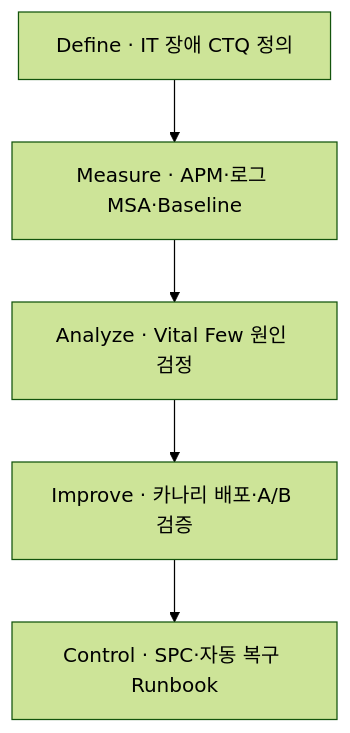
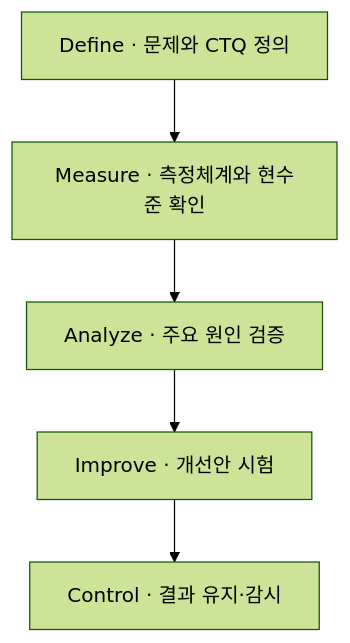
One commit to agnusdei1207/study changed the first of 2 diagrams in src/content/docs/notes/itpe/01-it-strategy/111_six_sigma_dmaic.md. Above: the diagram before and after it, drawn with Mermaid (forest theme). The commit also changed other lines of this file and 6 other files, not shown here.

````diff
--- a/src/content/docs/notes/itpe/01-it-strategy/111_six_sigma_dmaic.md
+++ b/src/content/docs/notes/itpe/01-it-strategy/111_six_sigma_dmaic.md
@@ -61,4 +60,4 @@
 ```mermaid
 flowchart TD
-    S1["Define · IT 장애 CTQ 정의"] --> S2["Measure · APM·로그 MSA·Baseline"] --> S3["Analyze · Vital Few 원인 검정"] --> S4["Improve · 카나리 배포·A/B 검증"] --> S5["Control · SPC·자동 복구 Runbook"]
+    S1["Define · 문제와 CTQ 정의"] --> S2["Measure · 측정체계와 현수준 확인"] --> S3["Analyze · 주요 원인 검증"] --> S4["Improve · 개선안 시험"] --> S5["Control · 결과 유지·감시"]
 ```
````
